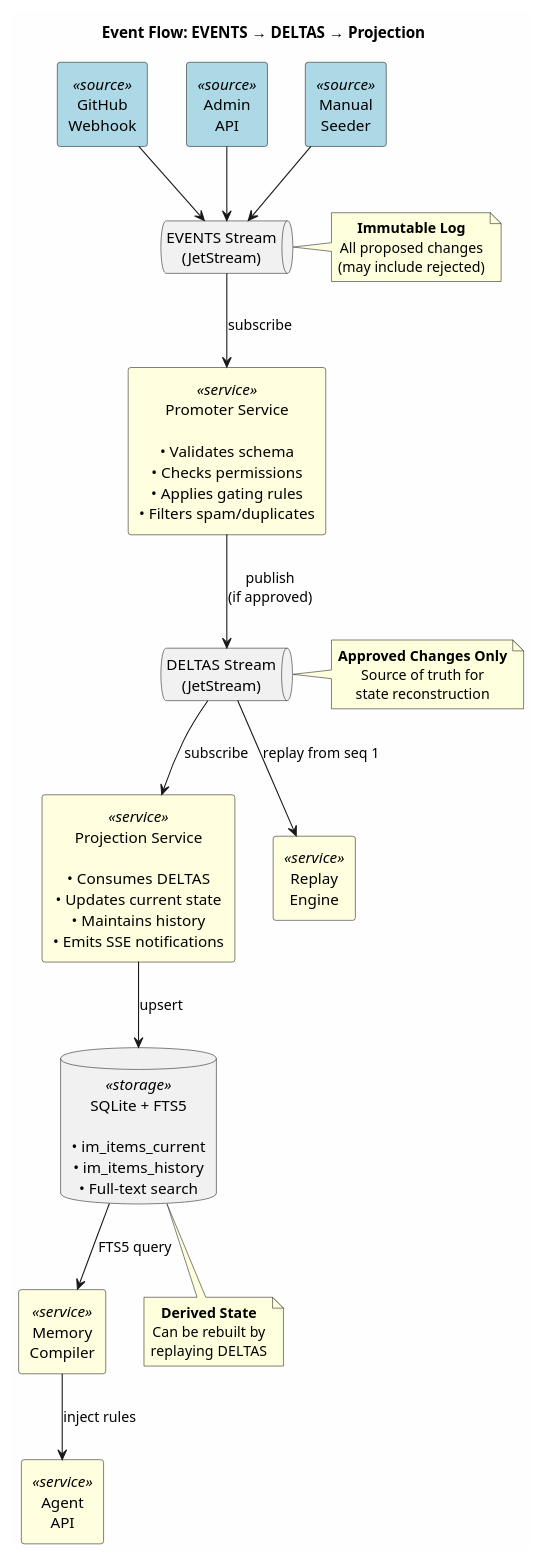
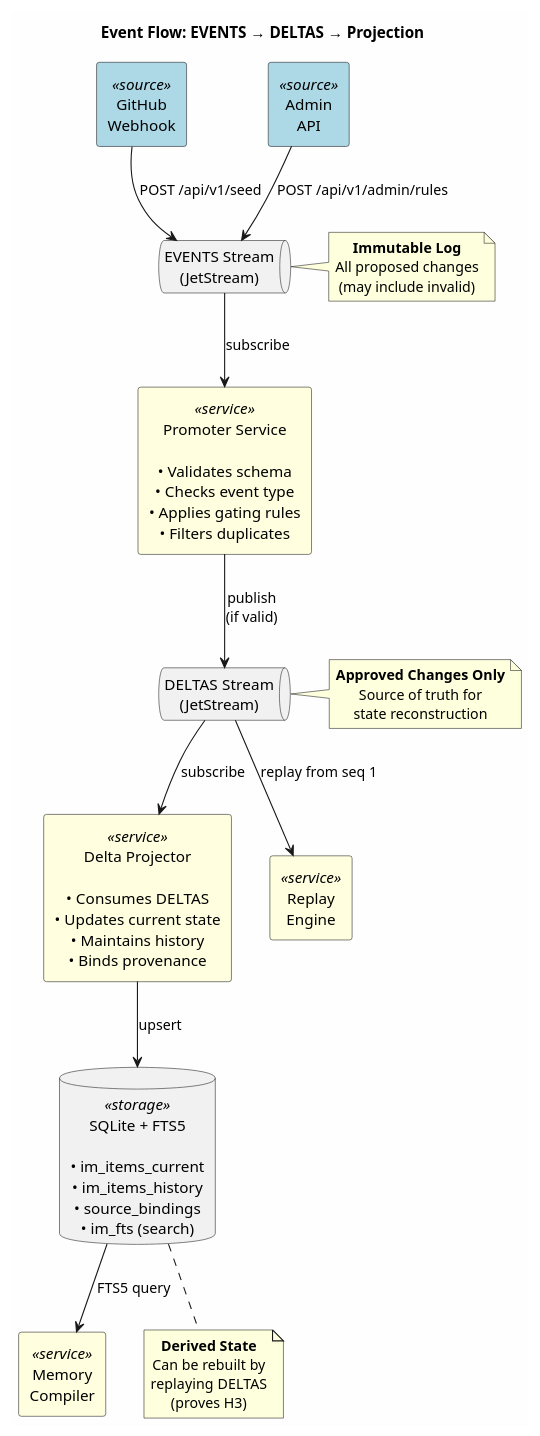
The diagram in diagrams/event_flow.puml (ravvnen/TOOL), drawn with PlantUML before and after one commit. The commit also changed 5 other files, not shown here.

First line of the commit message:
Fix PlantUML diagrams to reflect actual architecture

```diff
--- a/diagrams/event_flow.puml
+++ b/diagrams/event_flow.puml
@@ -1,75 +1,72 @@
 @startuml EventFlow
 title Event Flow: EVENTS → DELTAS → Projection
 
 skinparam backgroundColor #FEFEFE
 skinparam defaultTextAlignment center
 
 ' Styling
 skinparam rectangle {
     BackgroundColor<<source>> LightBlue
     BackgroundColor<<stream>> LightGreen
     BackgroundColor<<service>> LightYellow
     BackgroundColor<<storage>> LightGray
 }
 
 ' Sources
 rectangle "GitHub\nWebhook" as GH <<source>>
 rectangle "Admin\nAPI" as ADMIN <<source>>
-rectangle "Manual\nSeeder" as SEEDER <<source>>
 
 ' EVENTS stream
 queue "EVENTS Stream\n(JetStream)" as EVENTS
 
 ' Promoter
-rectangle "Promoter Service\n\n• Validates schema\n• Checks permissions\n• Applies gating rules\n• Filters spam/duplicates" as PROMOTER <<service>>
+rectangle "Promoter Service\n\n• Validates schema\n• Checks event type\n• Applies gating rules\n• Filters duplicates" as PROMOTER <<service>>
 
 ' DELTAS stream
 queue "DELTAS Stream\n(JetStream)" as DELTAS
 
 ' Projection
-rectangle "Projection Service\n\n• Consumes DELTAS\n• Updates current state\n• Maintains history\n• Emits SSE notifications" as PROJECTOR <<service>>
+rectangle "Delta Projector\n\n• Consumes DELTAS\n• Updates current state\n• Maintains history\n• Binds provenance" as PROJECTOR <<service>>
 
 ' Storage
-database "SQLite + FTS5\n\n• im_items_current\n• im_items_history\n• Full-text search" as DB <<storage>>
+database "SQLite + FTS5\n\n• im_items_current\n• im_items_history\n• source_bindings\n• im_fts (search)" as DB <<storage>>
 
 ' Consumers
 rectangle "Memory\nCompiler" as COMPILER <<service>>
-rectangle "Agent\nAPI" as API <<service>>
 rectangle "Replay\nEngine" as REPLAY <<service>>
 
 ' Flow
-GH --> EVENTS
-ADMIN --> EVENTS
-SEEDER --> EVENTS
+GH --> EVENTS : POST /api/v1/seed
+ADMIN --> EVENTS : POST /api/v1/admin/rules
 
 EVENTS --> PROMOTER : subscribe
 
-PROMOTER --> DELTAS : publish\n(if approved)
+PROMOTER --> DELTAS : publish\n(if valid)
 
 DELTAS --> PROJECTOR : subscribe
 DELTAS --> REPLAY : replay from seq 1
 
 PROJECTOR --> DB : upsert
 
 DB --> COMPILER : FTS5 query
-COMPILER --> API : inject rules
 
 note right of EVENTS
   **Immutable Log**
   All proposed changes
-  (may include rejected)
+  (may include invalid)
 end note
 
 note right of DELTAS
   **Approved Changes Only**
   Source of truth for
   state reconstruction
 end note
 
 note bottom of DB
   **Derived State**
   Can be rebuilt by
   replaying DELTAS
+  (proves H3)
 end note
 
 @enduml
```
